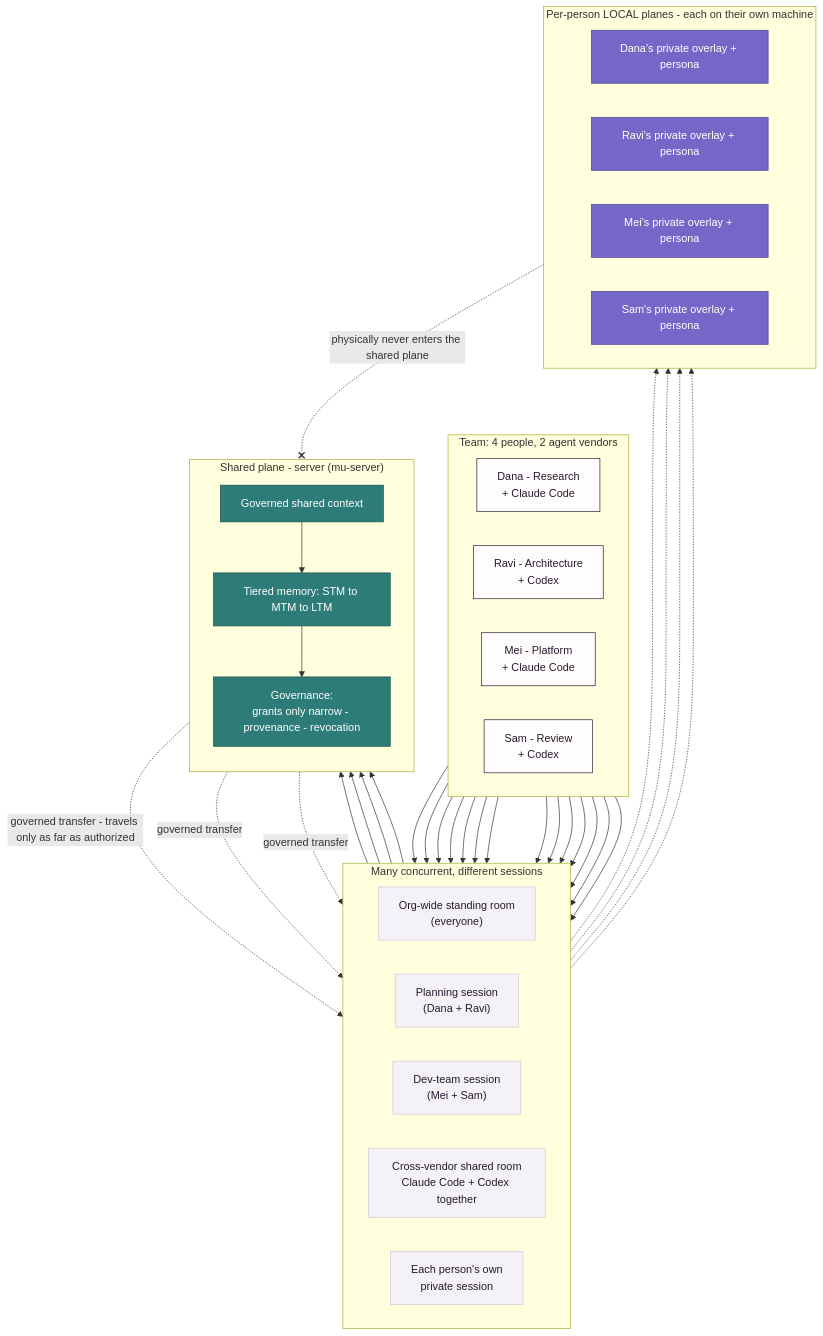
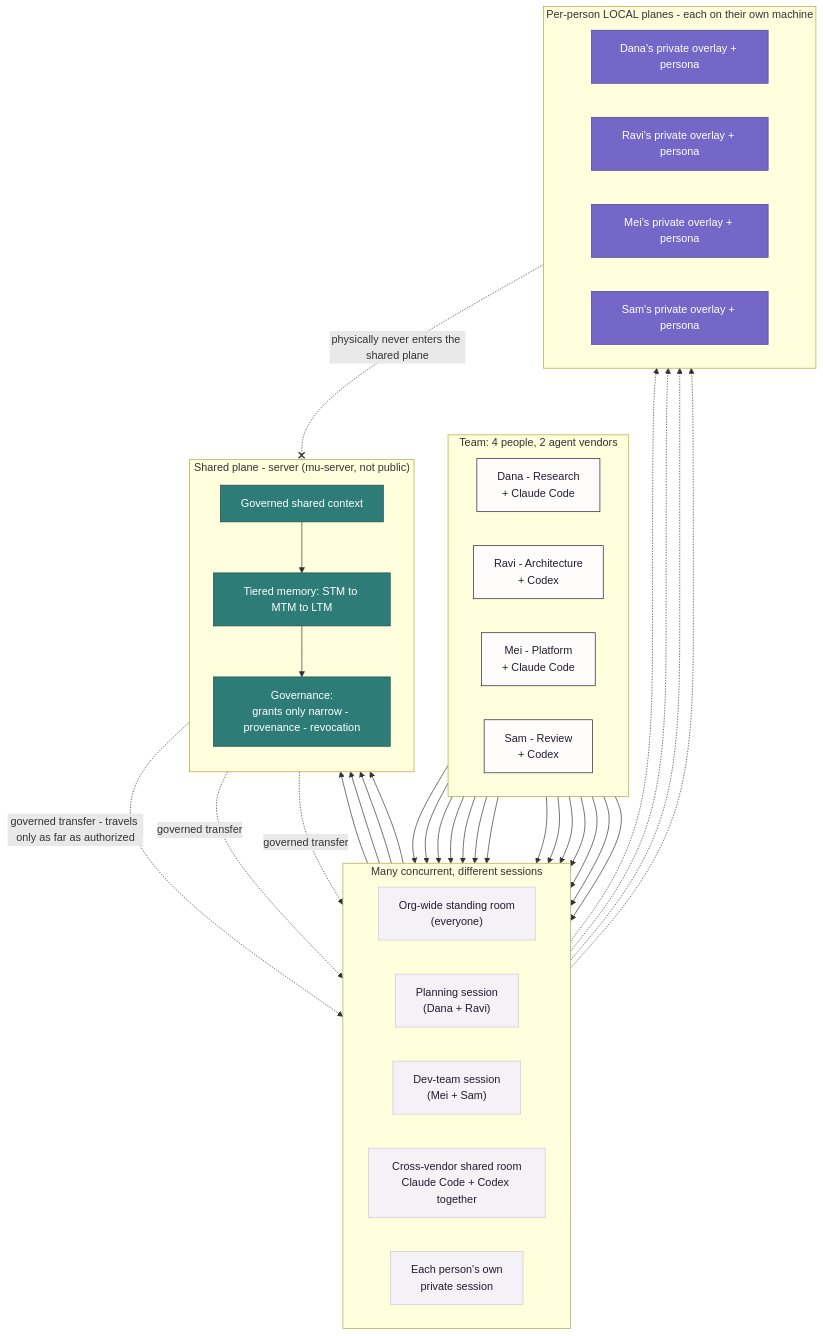
One commit to MemoryUniverse/mu-core changed the first of 2 diagrams in README.md. Above: the diagram before and after it, drawn with Mermaid. The commit also changed other lines of this file, not shown here.

First line of the commit message:
docs(readme): refresh against the code, and link the mechanics diagrams

````diff
--- a/README.md
+++ b/README.md
@@ -25,64 +42,64 @@
 ```mermaid
 flowchart TB
     classDef shared fill:#2d7c78,color:#fff,stroke:#1c4d4a,stroke-width:1px
     classDef privateCtx fill:#7567c7,color:#fff,stroke:#4d4390,stroke-width:1px
     classDef session fill:#f4f1f7,color:#241b2f,stroke:#cfc8d7,stroke-width:1px
     classDef person fill:#fffdfc,color:#241b2f,stroke:#241b2f,stroke-width:1px
 
     subgraph Team["Team: 4 people, 2 agent vendors"]
         direction LR
         P1["Dana - Research<br/>+ Claude Code"]:::person
         P2["Ravi - Architecture<br/>+ Codex"]:::person
         P3["Mei - Platform<br/>+ Claude Code"]:::person
         P4["Sam - Review<br/>+ Codex"]:::person
     end
 
     subgraph Sessions["Many concurrent, different sessions"]
         direction LR
         Standing["Org-wide standing room<br/>(everyone)"]:::session
         Plan["Planning session<br/>(Dana + Ravi)"]:::session
         Dev["Dev-team session<br/>(Mei + Sam)"]:::session
         Cross["Cross-vendor shared room<br/>Claude Code + Codex together"]:::session
         Priv["Each person's own<br/>private session"]:::session
     end
 
     P1 & P2 & P3 & P4 --> Standing
     P1 --> Plan
     P2 --> Plan
     P3 --> Dev
     P4 --> Dev
     P1 --> Cross
     P2 --> Cross
     P1 & P2 & P3 & P4 --> Priv
 
-    subgraph SharedPlane["Shared plane - server (mu-server)"]
+    subgraph SharedPlane["Shared plane - server (mu-server, not public)"]
         direction TB
         GC["Governed shared context"]:::shared
         Tiers["Tiered memory: STM to MTM to LTM"]:::shared
         Gov["Governance:<br/>grants only narrow - provenance - revocation"]:::shared
         GC --> Tiers --> Gov
     end
 
     subgraph LocalPlanes["Per-person LOCAL planes - each on their own machine"]
         direction LR
         LD["Dana's private overlay + persona"]:::privateCtx
         LR["Ravi's private overlay + persona"]:::privateCtx
         LM["Mei's private overlay + persona"]:::privateCtx
         LS["Sam's private overlay + persona"]:::privateCtx
     end
 
     Standing --> GC
     Plan --> GC
     Dev --> GC
     Cross --> GC
     Priv -.-> LD
     Priv -.-> LR
     Priv -.-> LM
     Priv -.-> LS
 
     Gov -. "governed transfer - travels only as far as authorized" .-> Plan
     Gov -. "governed transfer" .-> Dev
     Gov -. "governed transfer" .-> Cross
 
     LocalPlanes -. "physically never enters the shared plane" .-x SharedPlane
 ```
````
